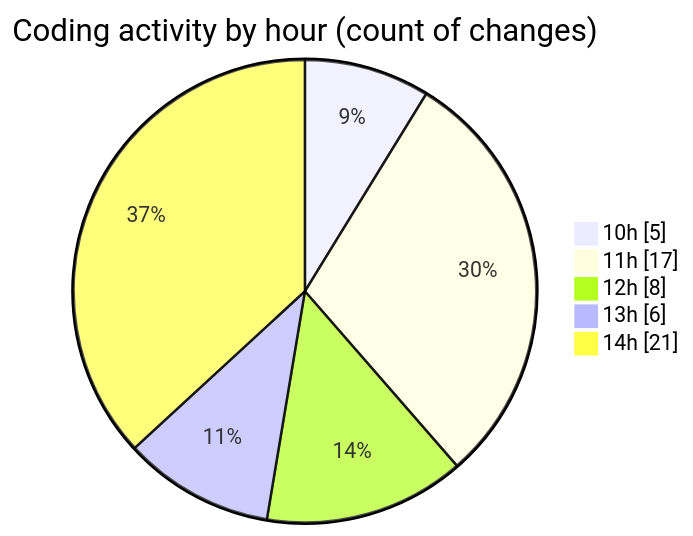
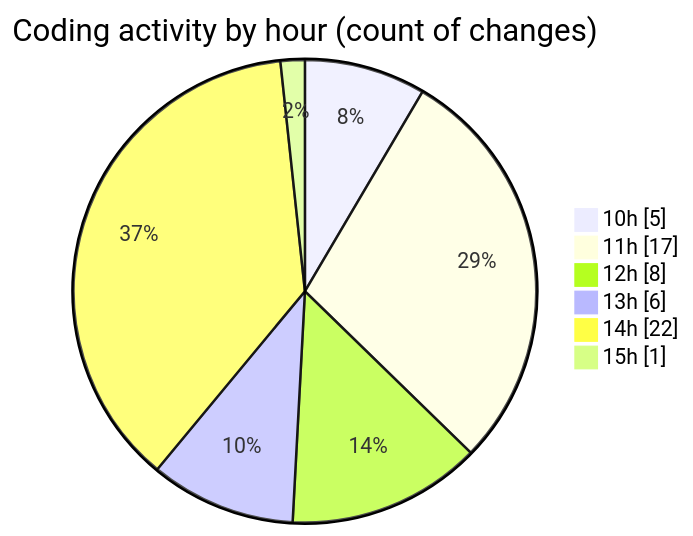
The second of 2 diagrams in 2025-05-05/ecodeli/README.md (CELIANVF/code-tracking), drawn with Mermaid before and after one commit. The commit also changed other lines of this file and 1 other file, not shown here.

````diff
--- a/2025-05-05/ecodeli/README.md
+++ b/2025-05-05/ecodeli/README.md
@@ -57,9 +57,10 @@
 ```mermaid
 pie showData
 title Coding activity by hour (count of changes)
 "10h" : 5
 "11h" : 17
 "12h" : 8
 "13h" : 6
-"14h" : 21
+"14h" : 22
+"15h" : 1
 ```
````
